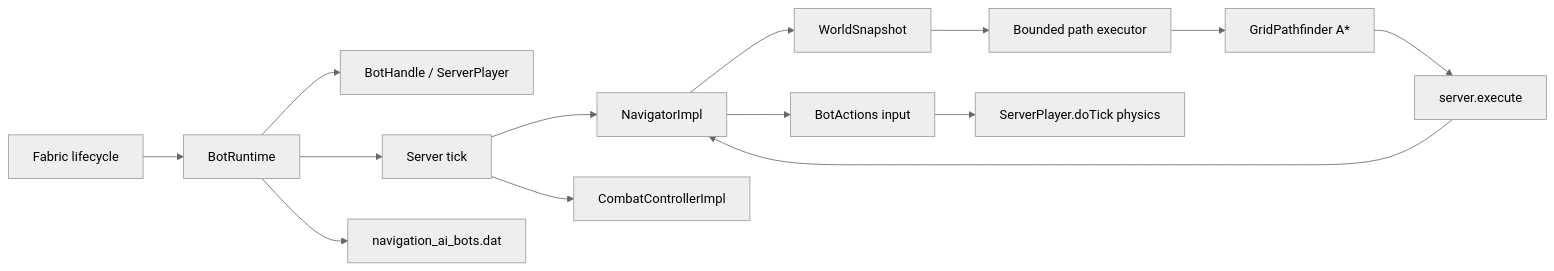
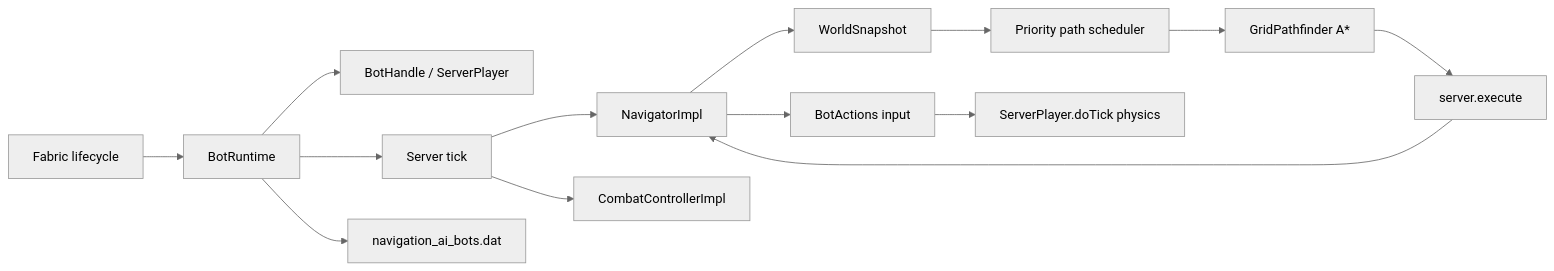
Before and after one commit to Arthur32132/navigation-ai: the diagram in docs/ARCHITECTURE.md, drawn with Mermaid (neutral theme). The commit also changed other lines of this file and 22 other files, not shown here.

````diff
--- a/docs/ARCHITECTURE.md
+++ b/docs/ARCHITECTURE.md
@@ -5,16 +5,16 @@
 ```mermaid
 flowchart LR
     L[Fabric lifecycle] --> R[BotRuntime]
     R --> H[BotHandle / ServerPlayer]
     R --> T[Server tick]
     T --> N[NavigatorImpl]
     T --> C[CombatControllerImpl]
     N --> S[WorldSnapshot]
-    S --> E[Bounded path executor]
+    S --> E[Priority path scheduler]
     E --> A[GridPathfinder A*]
     A --> X[server.execute]
     X --> N
     N --> I[BotActions input]
     I --> P[ServerPlayer.doTick physics]
     R --> D[navigation_ai_bots.dat]
 ```
````
